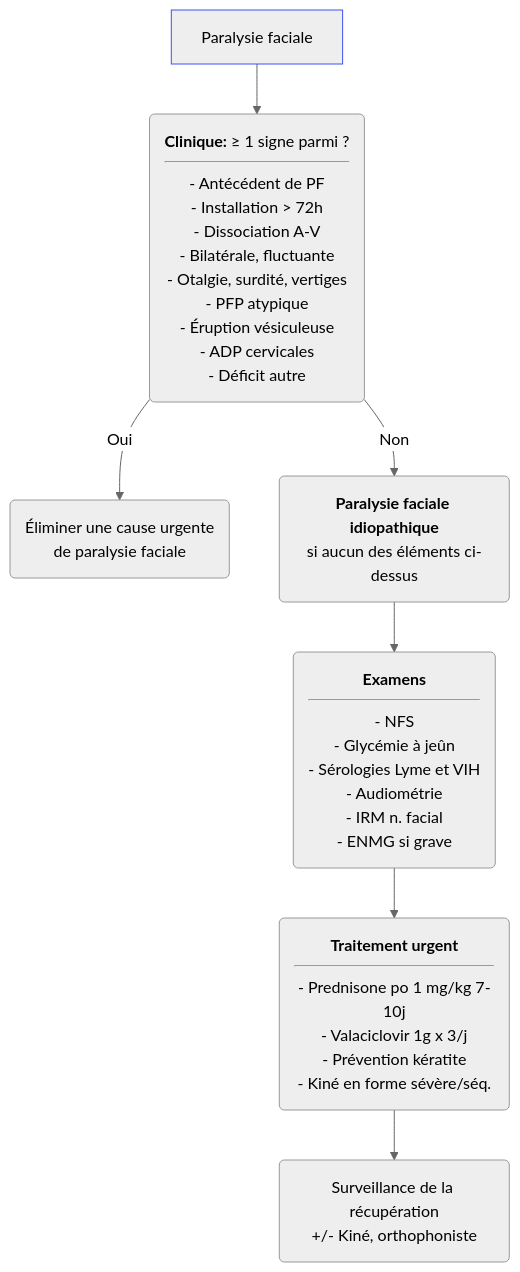
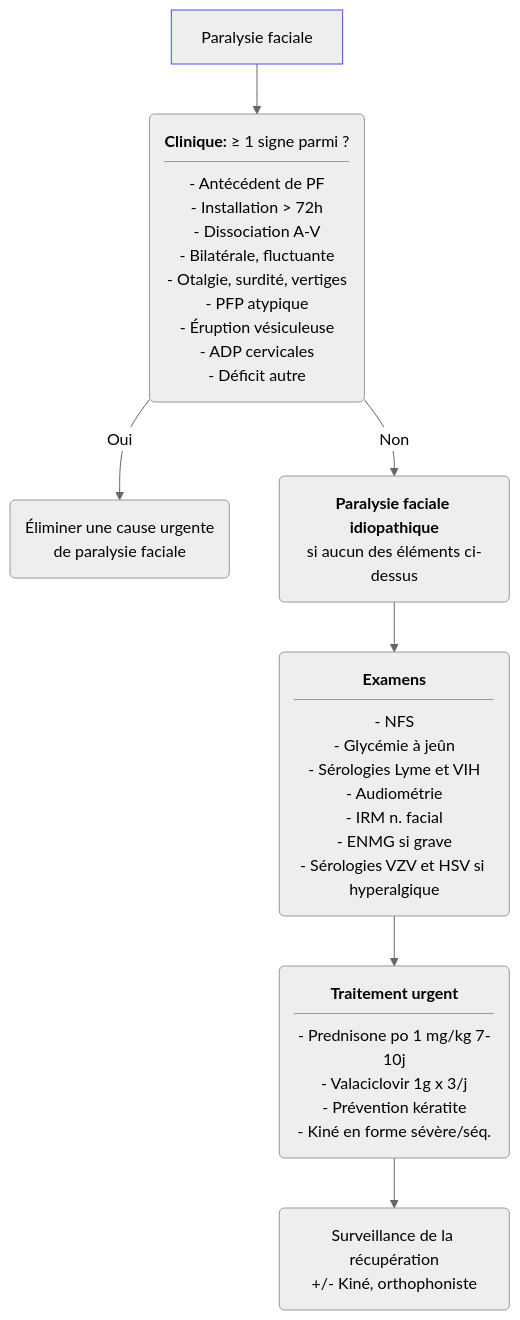
Before and after one commit to djibe/recommandations-medicales: the diagram in content/recommandations/paralysie-faciale-idiopathique.md, drawn with Mermaid (neutral theme). The commit also changed other lines of this file and 16 other files, not shown here.

```diff
--- a/content/recommandations/paralysie-faciale-idiopathique.md
+++ b/content/recommandations/paralysie-faciale-idiopathique.md
@@ -275,10 +276,10 @@
 {{< mermaid title="Conduite à tenir devant une paralysie faciale idiopathique. Dr JB FRON d'après SFORL 2020" >}}
 graph TB
   PF[Paralysie faciale] --> atypie("<b>Clinique:</b> &ge; 1 signe parmi ?<hr>- Antécédent de PF<br>- Installation &gt; 72h<br>- Dissociation A-V<br>- Bilatérale, fluctuante<br>- Otalgie, surdité, vertiges<br>- PFP atypique<br>- Éruption vésiculeuse<br>- ADP cervicales<br>- Déficit autre")
   style PF stroke:#4150f5, stroke-width:1px
     atypie -- Oui --> differentiel("Éliminer une cause urgente<br>de paralysie faciale")
     atypie -- Non --> PFI("<b>Paralysie faciale idiopathique</b><br>si aucun des éléments ci-dessus")
-      PFI --> bilan("<b>Examens</b><hr>- NFS<br>- Glycémie à jeûn<br>- Sérologies Lyme et VIH<br>- Audiométrie<br>- IRM n. facial<br>- ENMG si grave")
+      PFI --> bilan("<b>Examens</b><hr>- NFS<br>- Glycémie à jeûn<br>- Sérologies Lyme et VIH<br>- Audiométrie<br>- IRM n. facial<br>- ENMG si grave<br>- Sérologies VZV et HSV si hyperalgique")
         bilan --> ttt("<b>Traitement urgent</b><hr>- Prednisone po 1 mg/kg 7-10j<br>- Valaciclovir 1g x 3/j<br>- Prévention kératite<br>- Kiné en forme sévère/séq.")
           ttt --> surv(Surveillance de la récupération<br>+/- Kiné, orthophoniste)
 {{< /mermaid >}}
```
